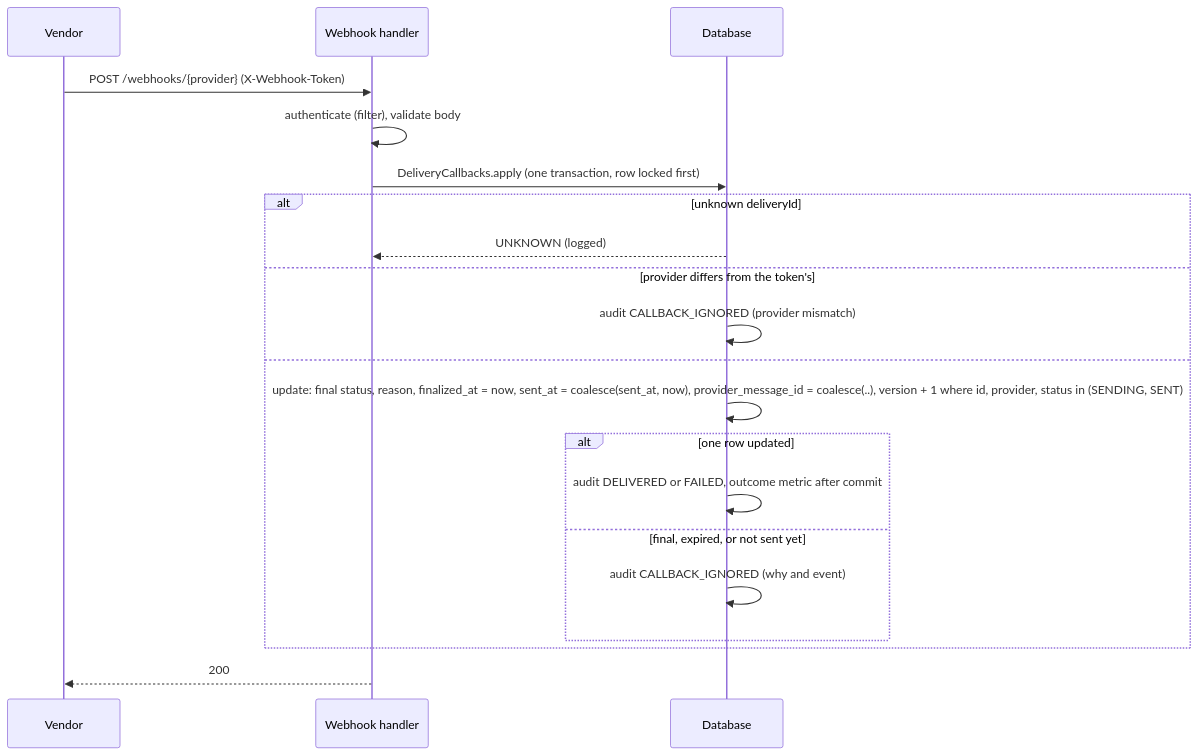
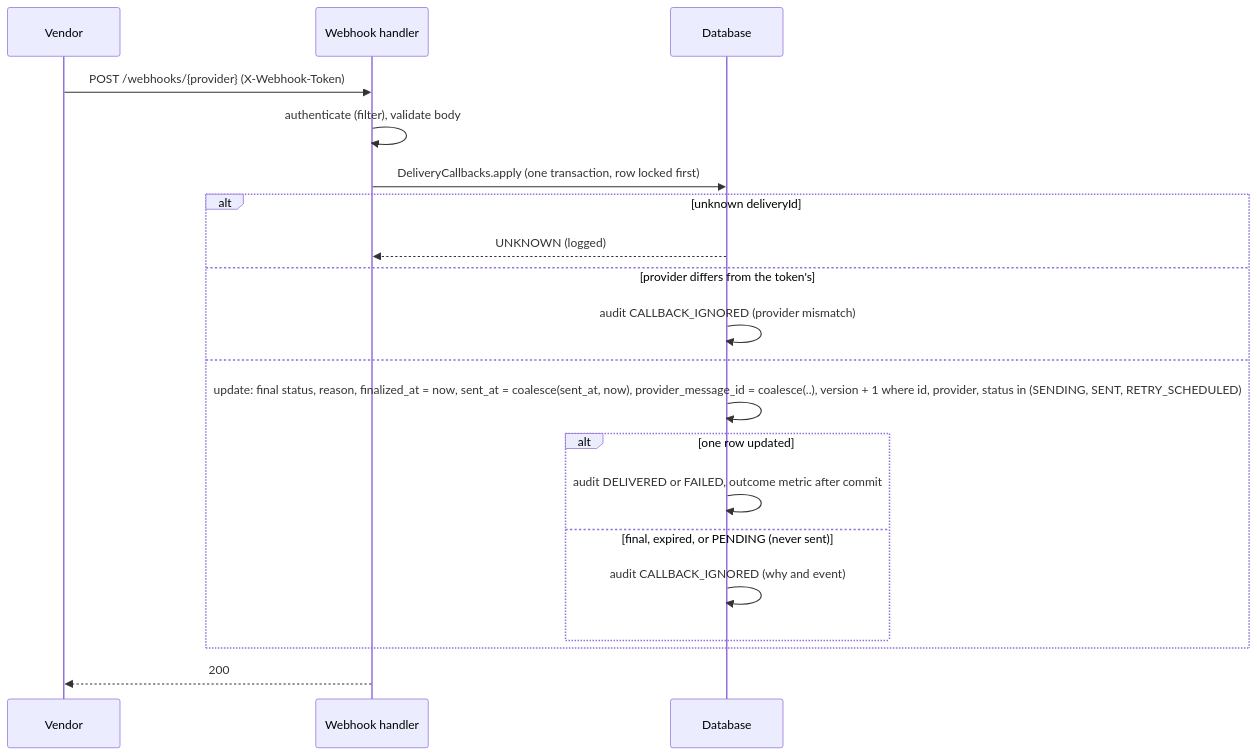
Before and after one commit to radwara/nms: the sixth of 6 diagrams in docs/architecture.md, drawn with Mermaid. The commit also changed other lines of this file and 3 other files, not shown here.

````diff
--- a/docs/architecture.md
+++ b/docs/architecture.md
@@ -520,22 +522,22 @@
 ```mermaid
 sequenceDiagram
     participant V as Vendor
     participant H as Webhook handler
     participant D as Database
     V->>H: POST /webhooks/{provider} (X-Webhook-Token)
     H->>H: authenticate (filter), validate body
     H->>D: DeliveryCallbacks.apply (one transaction, row locked first)
     alt unknown deliveryId
         D-->>H: UNKNOWN (logged)
     else provider differs from the token's
         D->>D: audit CALLBACK_IGNORED (provider mismatch)
     else
-        D->>D: update: final status, reason, finalized_at = now, sent_at = coalesce(sent_at, now), provider_message_id = coalesce(..), version + 1 where id, provider, status in (SENDING, SENT)
+        D->>D: update: final status, reason, finalized_at = now, sent_at = coalesce(sent_at, now), provider_message_id = coalesce(..), version + 1 where id, provider, status in (SENDING, SENT, RETRY_SCHEDULED)
         alt one row updated
             D->>D: audit DELIVERED or FAILED, outcome metric after commit
-        else final, expired, or not sent yet
+        else final, expired, or PENDING (never sent)
             D->>D: audit CALLBACK_IGNORED (why and event)
         end
     end
     H-->>V: 200
 ```
````
